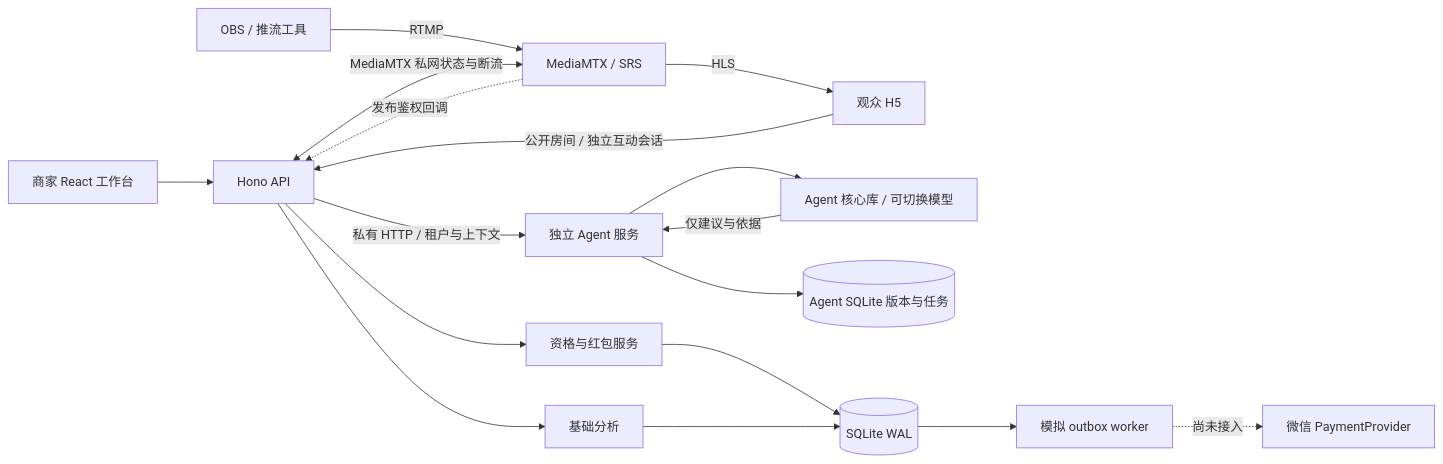
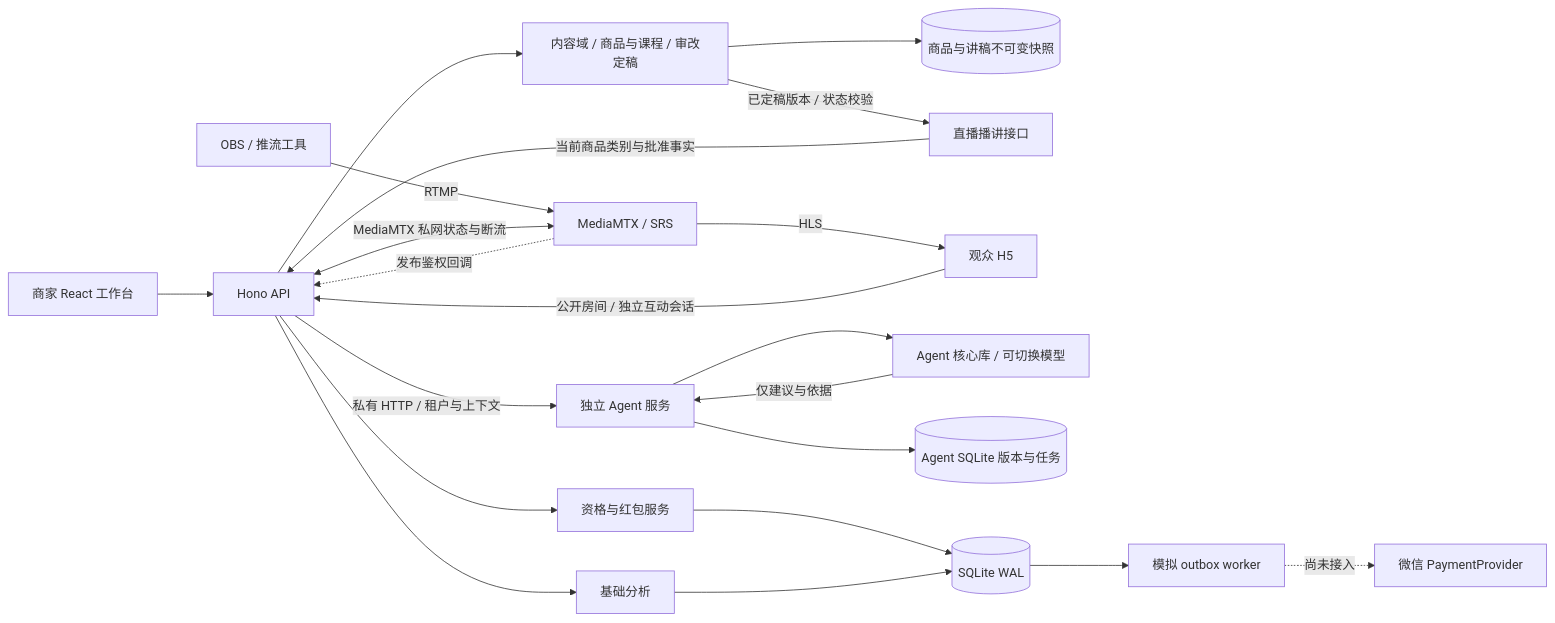
One commit to NSIETeam/merchant-live-studio changed the diagram in docs/architecture.md. Above: the diagram before and after it, drawn with Mermaid. The commit also changed other lines of this file and 38 other files, not shown here.

````diff
--- a/docs/architecture.md
+++ b/docs/architecture.md
@@ -7,19 +7,23 @@
 ```mermaid
 flowchart LR
   M[商家 React 工作台] --> A[Hono API]
+  A --> B[内容域 / 商品与课程 / 审改定稿]
+  B --> K[(商品与讲稿不可变快照)]
+  B -->|已定稿版本 / 状态校验| L[直播播讲接口]
+  L -->|当前商品类别与批准事实| A
   V[观众 H5] -->|公开房间 / 独立互动会话| A
   O[OBS / 推流工具] -->|RTMP| S[MediaMTX / SRS]
   S -->|HLS| V
   S -.发布鉴权回调.-> A
   A <-->|MediaMTX 私网状态与断流| S
   A --> R[资格与红包服务]
   A -->|私有 HTTP / 租户与上下文| G[独立 Agent 服务]
   G --> C[Agent 核心库 / 可切换模型]
   C -->|仅建议与依据| G
   G --> E[(Agent SQLite 版本与任务)]
   A --> N[基础分析]
   R --> D[(SQLite WAL)]
   N --> D
   D --> W[模拟 outbox worker]
   W -.尚未接入.-> P[微信 PaymentProvider]
 ```
````
